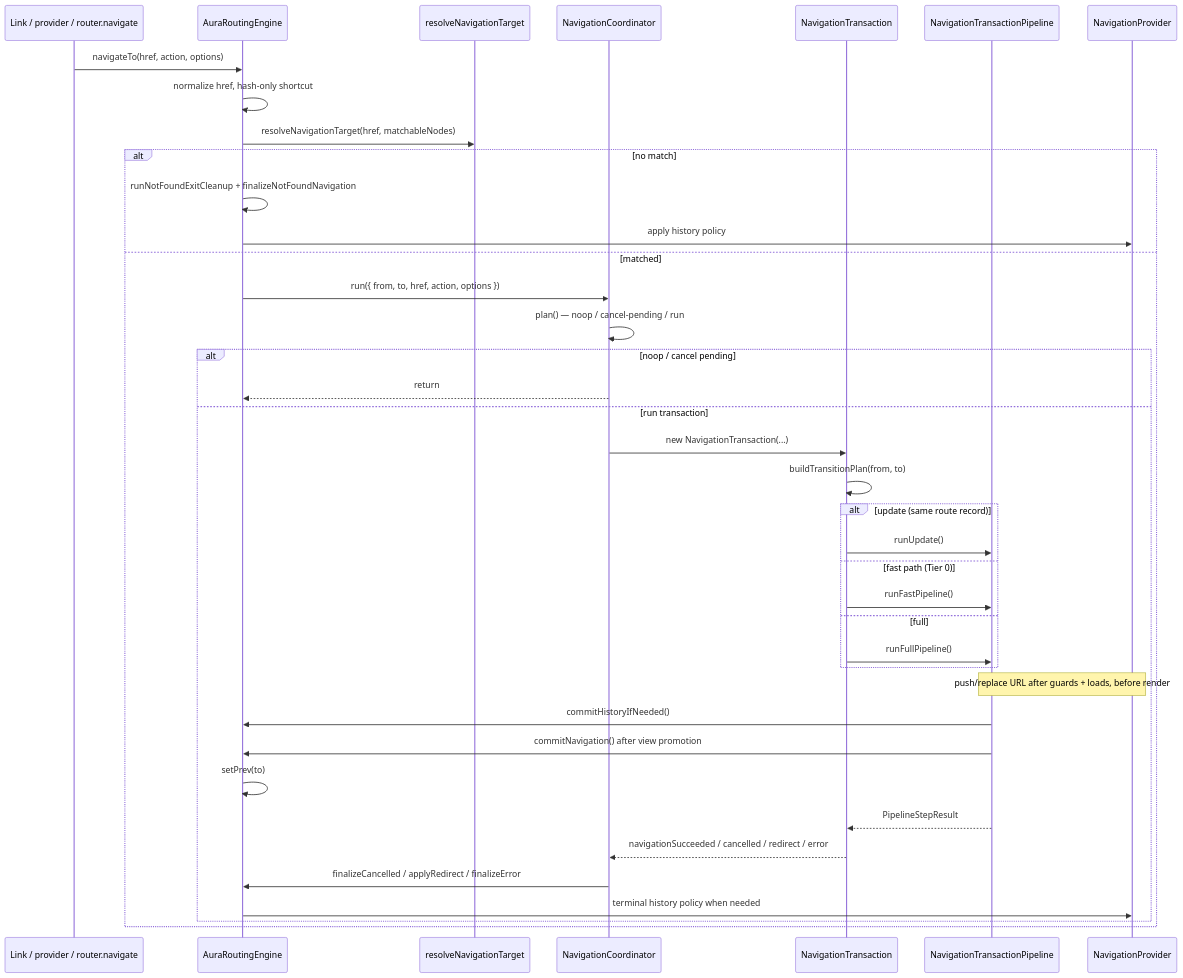
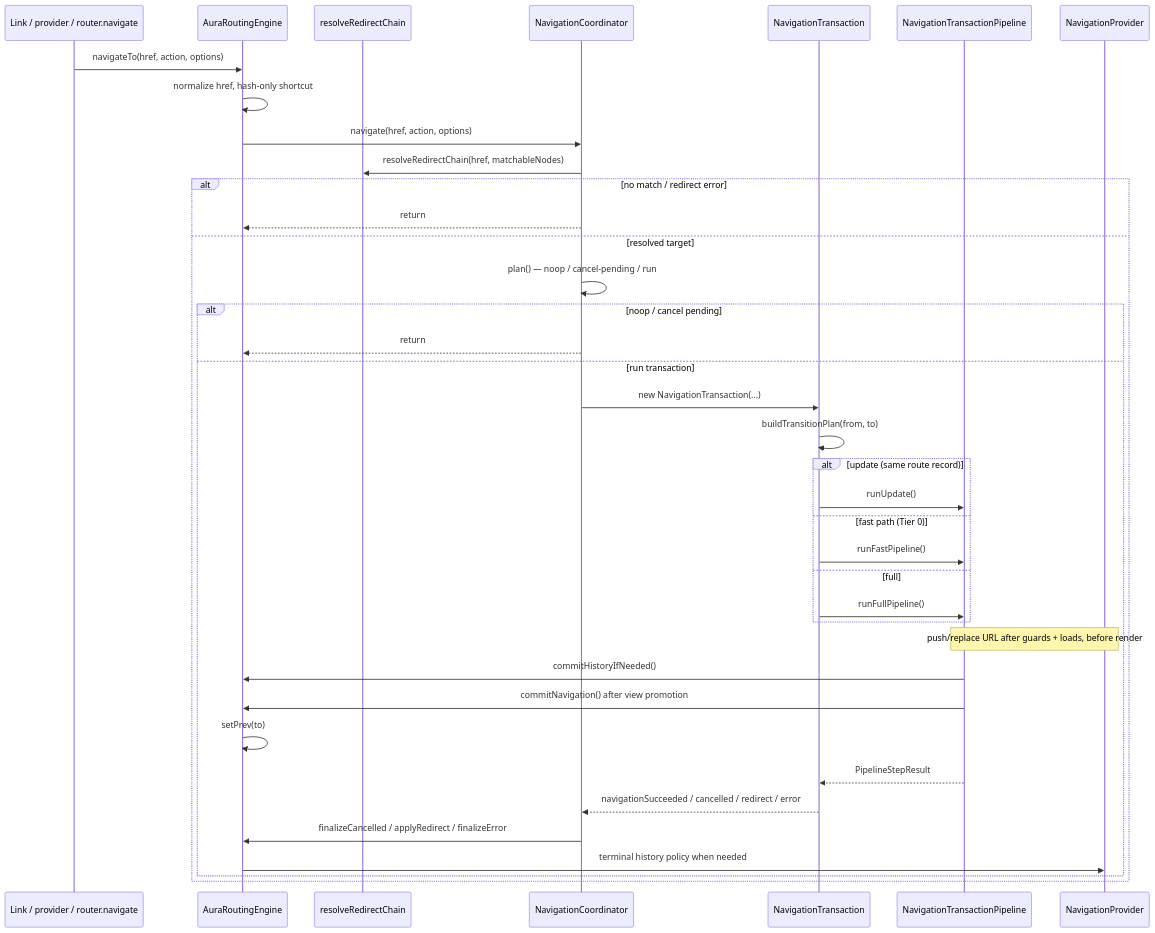
One commit to aura-ui/router changed the diagram in src/modules/aura-routing-engine/core/ARCHITECTURE.md. Above: the diagram before and after it, drawn with Mermaid. The commit also changed other lines of this file and 17 other files, not shown here.

````diff
--- a/src/modules/aura-routing-engine/core/ARCHITECTURE.md
+++ b/src/modules/aura-routing-engine/core/ARCHITECTURE.md
@@ -29,42 +30,41 @@
 ```mermaid
 sequenceDiagram
   participant Source as Link / provider / router.navigate
   participant Engine as AuraRoutingEngine
-  participant Match as resolveNavigationTarget
+  participant Redirect as resolveRedirectChain
   participant Coord as NavigationCoordinator
   participant Tx as NavigationTransaction
   participant Pipeline as NavigationTransactionPipeline
   participant History as NavigationProvider
 
   Source->>Engine: navigateTo(href, action, options)
   Engine->>Engine: normalize href, hash-only shortcut
-  Engine->>Match: resolveNavigationTarget(href, matchableNodes)
-  alt no match
-    Engine->>Engine: runNotFoundExitCleanup + finalizeNotFoundNavigation
-    Engine->>History: apply history policy
-  else matched
-    Engine->>Coord: run({ from, to, href, action, options })
+  Engine->>Coord: navigate(href, action, options)
+  Coord->>Redirect: resolveRedirectChain(href, matchableNodes)
+  alt no match / redirect error
+    Coord-->>Engine: return
+  else resolved target
     Coord->>Coord: plan() — noop / cancel-pending / run
     alt noop / cancel pending
       Coord-->>Engine: return
     else run transaction
       Coord->>Tx: new NavigationTransaction(...)
       Tx->>Tx: buildTransitionPlan(from, to)
       alt update (same route record)
         Tx->>Pipeline: runUpdate()
       else fast path (Tier 0)
         Tx->>Pipeline: runFastPipeline()
       else full
         Tx->>Pipeline: runFullPipeline()
       end
       Note over Pipeline,History: push/replace URL after guards + loads, before render
       Pipeline->>Engine: commitHistoryIfNeeded()
       Pipeline->>Engine: commitNavigation() after view promotion
       Engine->>Engine: setPrev(to)
       Pipeline-->>Tx: PipelineStepResult
       Tx-->>Coord: navigationSucceeded / cancelled / redirect / error
       Coord->>Engine: finalizeCancelled / applyRedirect / finalizeError
       Engine->>History: terminal history policy when needed
     end
   end
 ```
````
